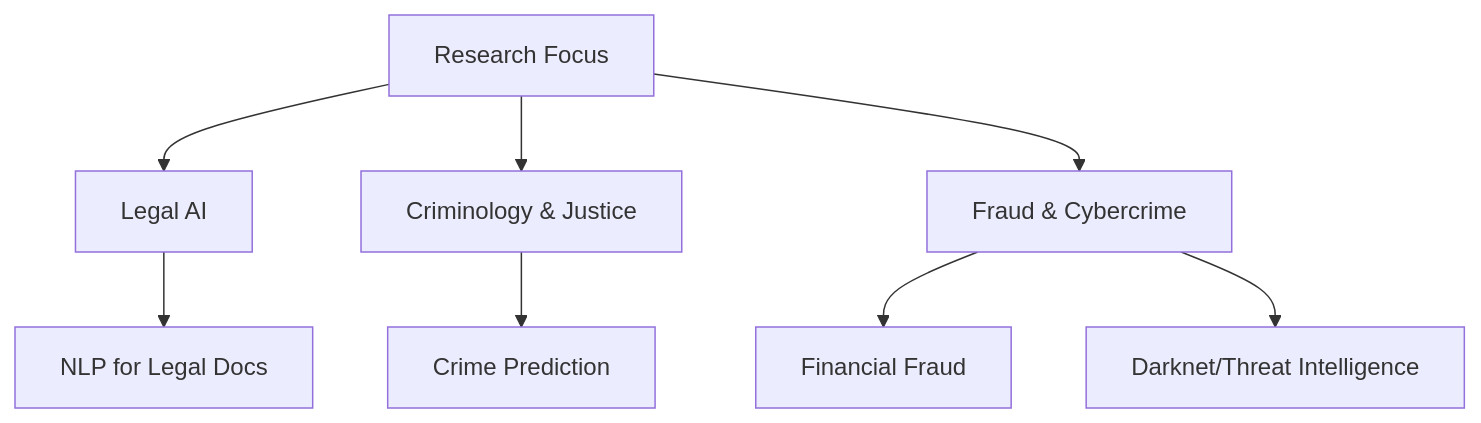
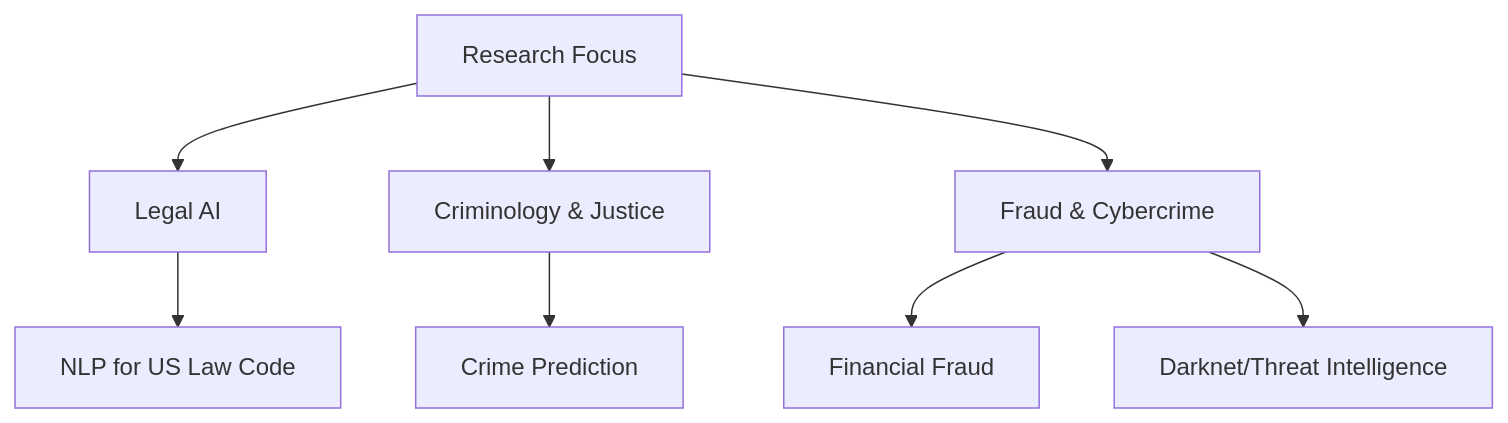
The first of 2 diagrams in README.md (manishkolla/manishkolla), drawn with Mermaid before and after one commit.

````diff
--- a/README.md
+++ b/README.md
@@ -38,13 +38,13 @@
 ```mermaid  
 graph TD  
     A[Research Focus] --> B[Legal AI]  
     A --> C[Criminology & Justice]  
     A --> D[Fraud & Cybercrime]  
 
-    B --> E[NLP for Legal Docs]  
+    B --> E[NLP for US Law Code]  
     C --> F[Crime Prediction]   
     D --> G[Financial Fraud]  
     D --> H[Darknet/Threat Intelligence]   
 
 
 ```
````
